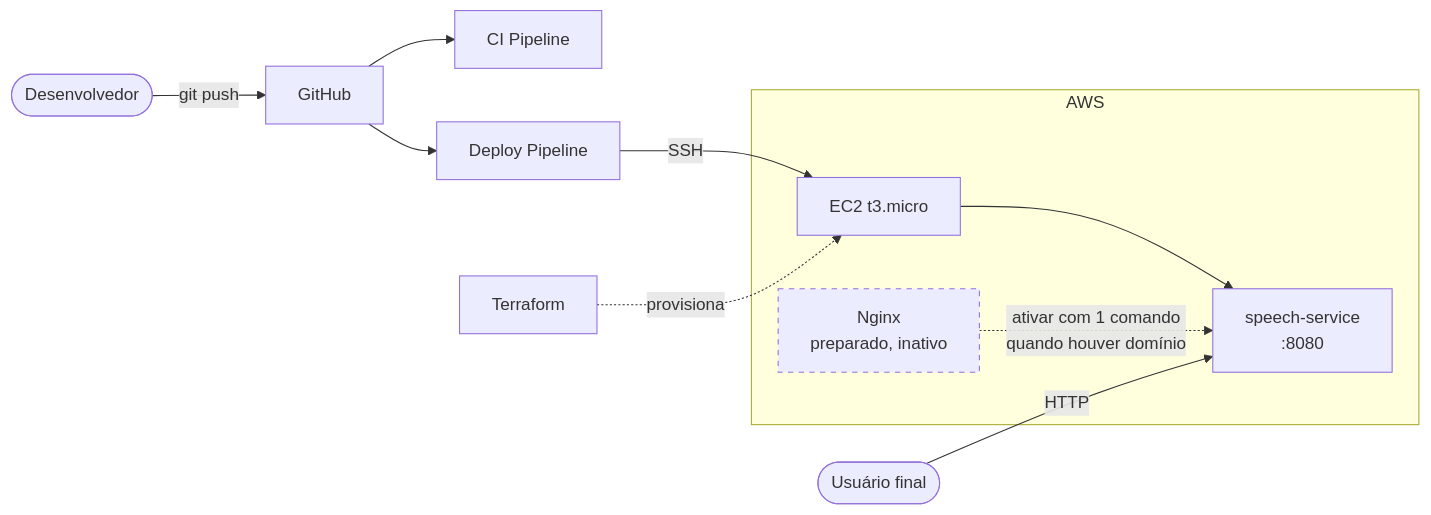
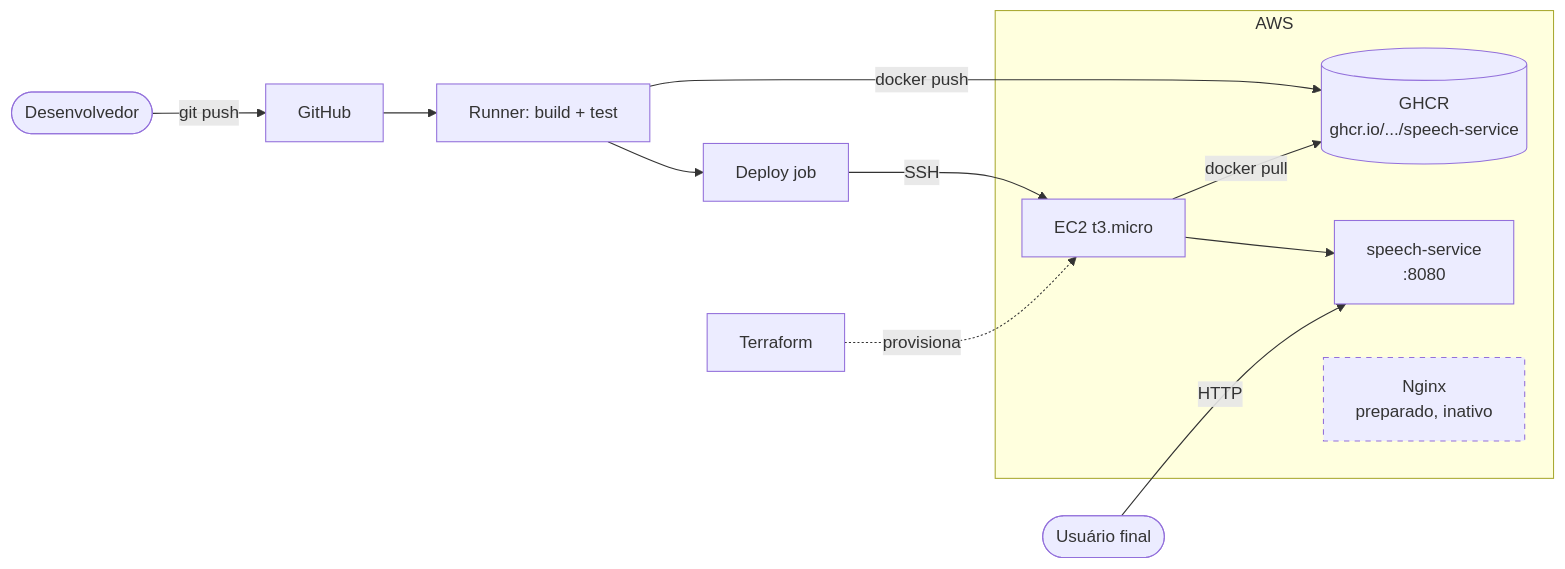
Before and after one commit to Dudainfinity/devspeak-ai: the diagram in README.md, drawn with Mermaid. The commit also changed other lines of this file and 6 other files, not shown here.

First line of the commit message:
Publish images to GHCR; deploy now pulls instead of building on EC2

````diff
--- a/README.md
+++ b/README.md
@@ -28,16 +28,17 @@
 ```mermaid
 graph LR
     Dev([Desenvolvedor]) -->|git push| GH[GitHub]
-    GH --> CI[CI Pipeline]
-    GH --> CD[Deploy Pipeline]
-    CD -->|SSH| EC2
+    GH --> Build[Runner: build + test]
+    Build -->|docker push| GHCR[(GHCR<br/>ghcr.io/.../speech-service)]
+    Build --> Deploy[Deploy job]
+    Deploy -->|SSH| EC2
     subgraph AWS
-        EC2[EC2 t3.micro] --> Container[speech-service<br/>:8080]
+        EC2[EC2 t3.micro] -->|docker pull| GHCR
+        EC2 --> Container[speech-service<br/>:8080]
         Nginx[Nginx<br/>preparado, inativo]
     end
     User([Usuário final]) -->|HTTP| Container
     TF[Terraform] -.->|provisiona| EC2
-    Nginx -.->|ativar com 1 comando<br/>quando houver domínio| Container
 
     style Nginx stroke-dasharray: 5 5
 ```
````
